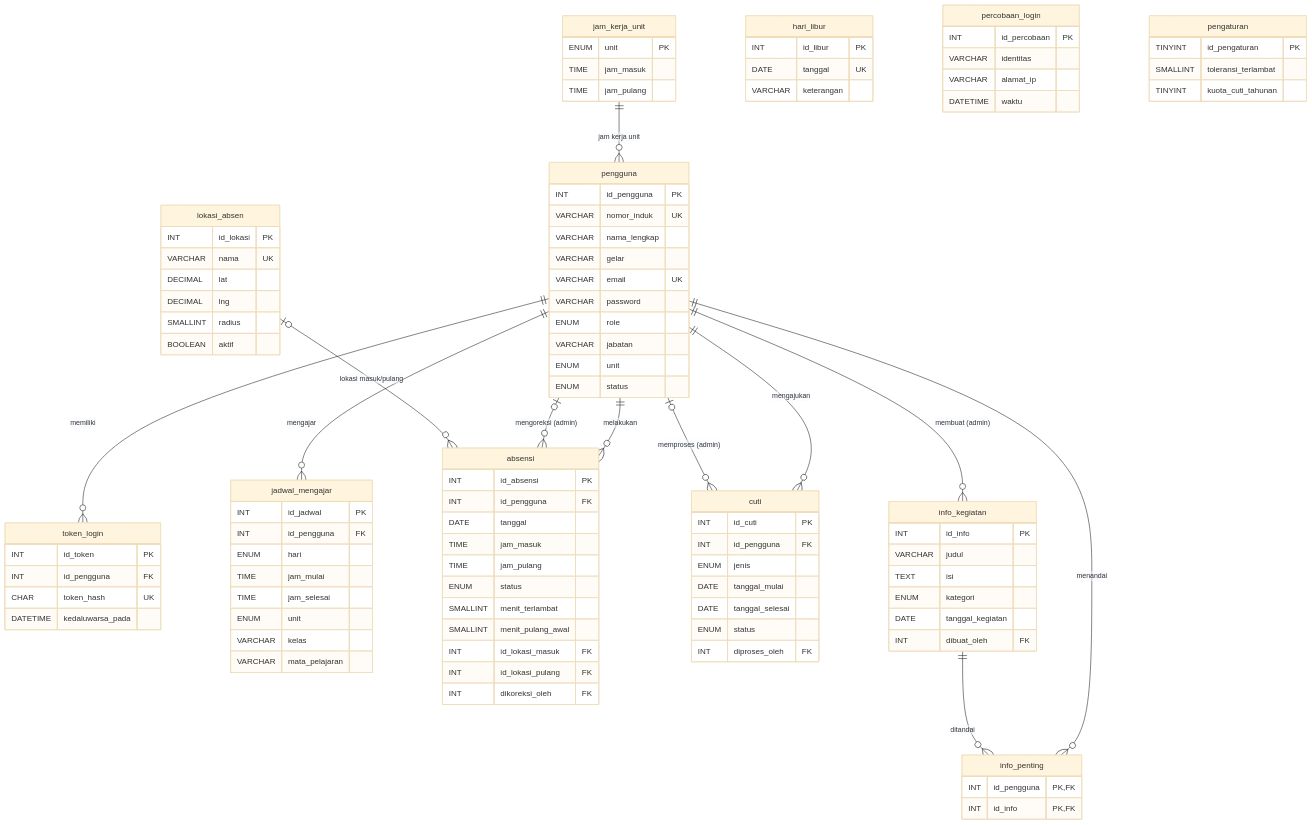
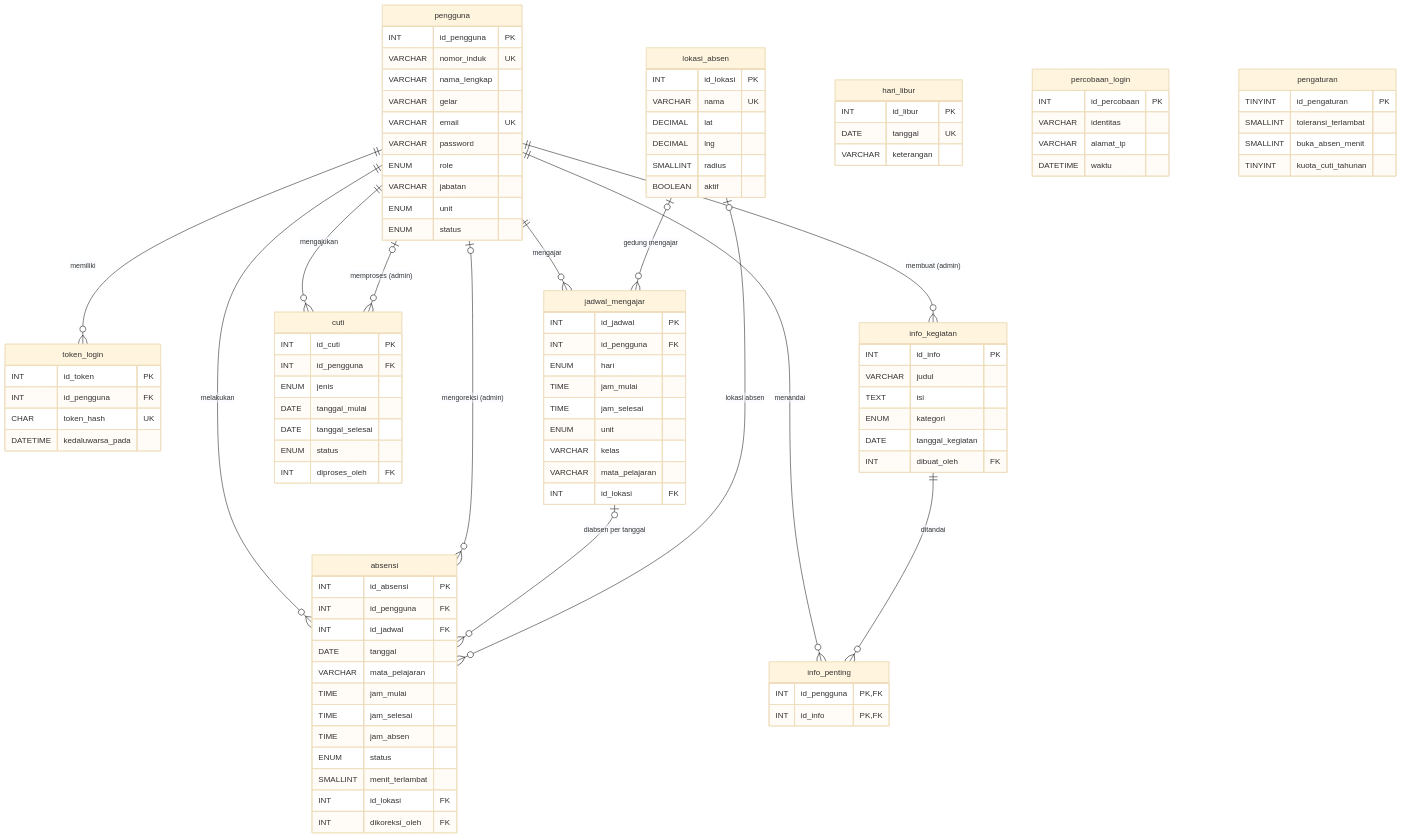
One commit to pentest-acc/kepegawaian-guru changed the diagram in database/README.md. Above: the diagram before and after it, drawn with Mermaid (base theme). The commit also changed other lines of this file and 4 other files, not shown here.

First line of the commit message:
Database: absensi per mata pelajaran & gedung di jadwal mengajar

````diff
--- a/database/README.md
+++ b/database/README.md
@@ -20,8 +20,9 @@
     info_kegiatan ||--o{ info_penting : "ditandai"
     pengguna |o--o{ absensi : "mengoreksi (admin)"
     pengguna |o--o{ cuti : "memproses (admin)"
-    jam_kerja_unit ||--o{ pengguna : "jam kerja unit"
-    lokasi_absen |o--o{ absensi : "lokasi masuk/pulang"
+    jadwal_mengajar |o--o{ absensi : "diabsen per tanggal"
+    lokasi_absen |o--o{ jadwal_mengajar : "gedung mengajar"
+    lokasi_absen |o--o{ absensi : "lokasi absen"
 
     pengguna {
         INT id_pengguna PK
@@ -62,18 +63,20 @@
         ENUM unit
         VARCHAR kelas
         VARCHAR mata_pelajaran
+        INT id_lokasi FK
     }
     absensi {
         INT id_absensi PK
         INT id_pengguna FK
+        INT id_jadwal FK
         DATE tanggal
-        TIME jam_masuk
-        TIME jam_pulang
+        VARCHAR mata_pelajaran
+        TIME jam_mulai
+        TIME jam_selesai
+        TIME jam_absen
         ENUM status
         SMALLINT menit_terlambat
-        SMALLINT menit_pulang_awal
-        INT id_lokasi_masuk FK
-        INT id_lokasi_pulang FK
+        INT id_lokasi FK
         INT dikoreksi_oleh FK
     }
     lokasi_absen {
@@ -104,14 +107,10 @@
         VARCHAR alamat_ip
         DATETIME waktu
     }
-    jam_kerja_unit {
-        ENUM unit PK
-        TIME jam_masuk
-        TIME jam_pulang
-    }
     pengaturan {
         TINYINT id_pengaturan PK
         SMALLINT toleransi_terlambat
+        SMALLINT buka_absen_menit
         TINYINT kuota_cuti_tahunan
     }
 ```
````
